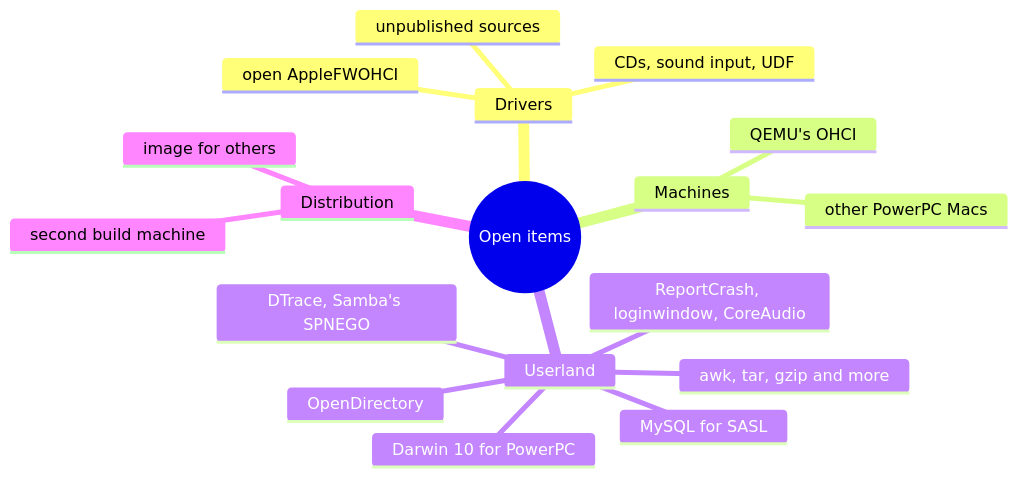
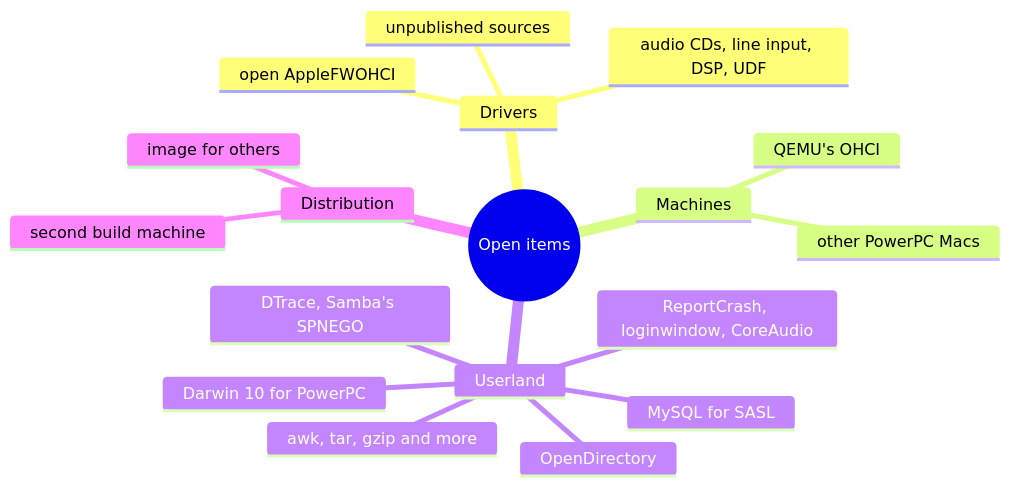
One commit to nyg/PowerDarwin changed the diagram in docs/src/steps/whats-next.md. Above: the diagram before and after it, drawn with Mermaid. The commit also changed other lines of this file and 9 other files, not shown here.

````diff
--- a/docs/src/steps/whats-next.md
+++ b/docs/src/steps/whats-next.md
@@ -92,21 +92,21 @@
 ```mermaid
 mindmap
   root((Open items))
     Drivers
       open AppleFWOHCI
-      CDs, sound input, UDF
+      audio CDs, line input, DSP, UDF
       unpublished sources
     Machines
       other PowerPC Macs
       QEMU's OHCI
     Userland
       OpenDirectory
       ReportCrash, loginwindow, CoreAudio
       MySQL for SASL
       awk, tar, gzip and more
       DTrace, Samba's SPNEGO
       Darwin 10 for PowerPC
     Distribution
       image for others
       second build machine
 ```
````
